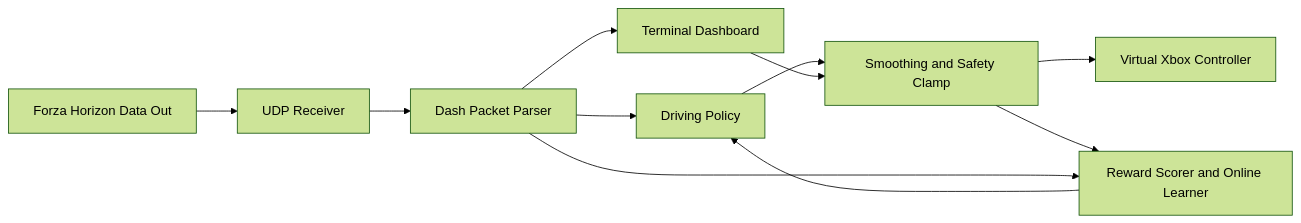
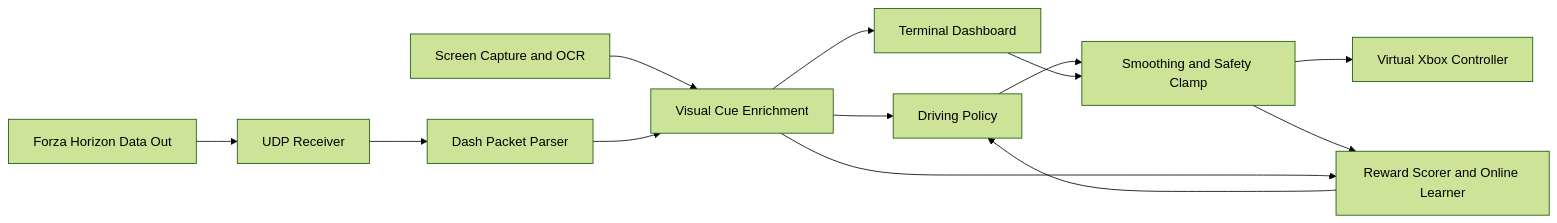
Before and after one commit to WilliamPlusPlus/Forza-AI: the diagram in docs/design.md, drawn with Mermaid (forest theme). The commit also changed other lines of this file and 48 other files, not shown here.

````diff
--- a/docs/design.md
+++ b/docs/design.md
@@ -71,13 +77,15 @@
 ```mermaid
 flowchart LR
     A["Forza Horizon Data Out"] --> B["UDP Receiver"]
     B --> C["Dash Packet Parser"]
-    C --> D["Driving Policy"]
+    S["Screen Capture and OCR"] --> V["Visual Cue Enrichment"]
+    C --> V
+    V --> D["Driving Policy"]
     D --> E["Smoothing and Safety Clamp"]
     E --> F["Virtual Xbox Controller"]
     E --> H["Reward Scorer and Online Learner"]
-    C --> H
+    V --> H
     H --> D
-    C --> G["Terminal Dashboard"]
+    V --> G["Terminal Dashboard"]
     G --> E
 ```
````
